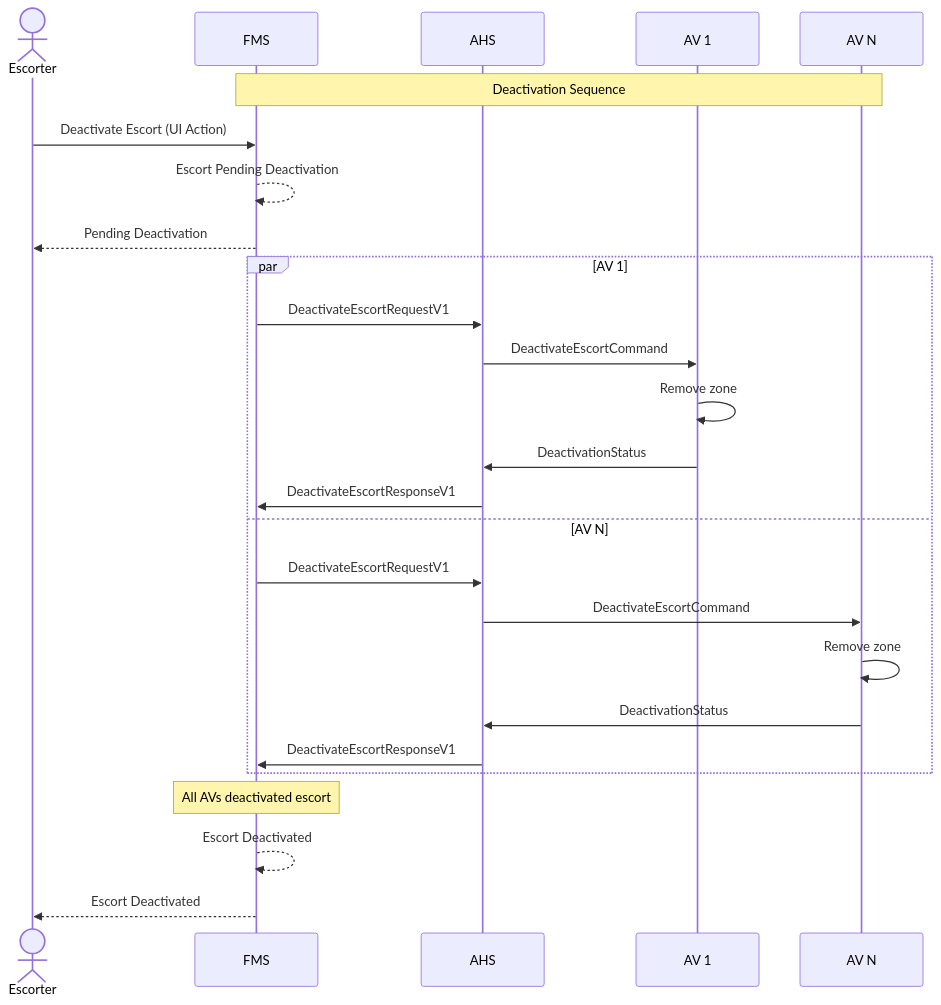
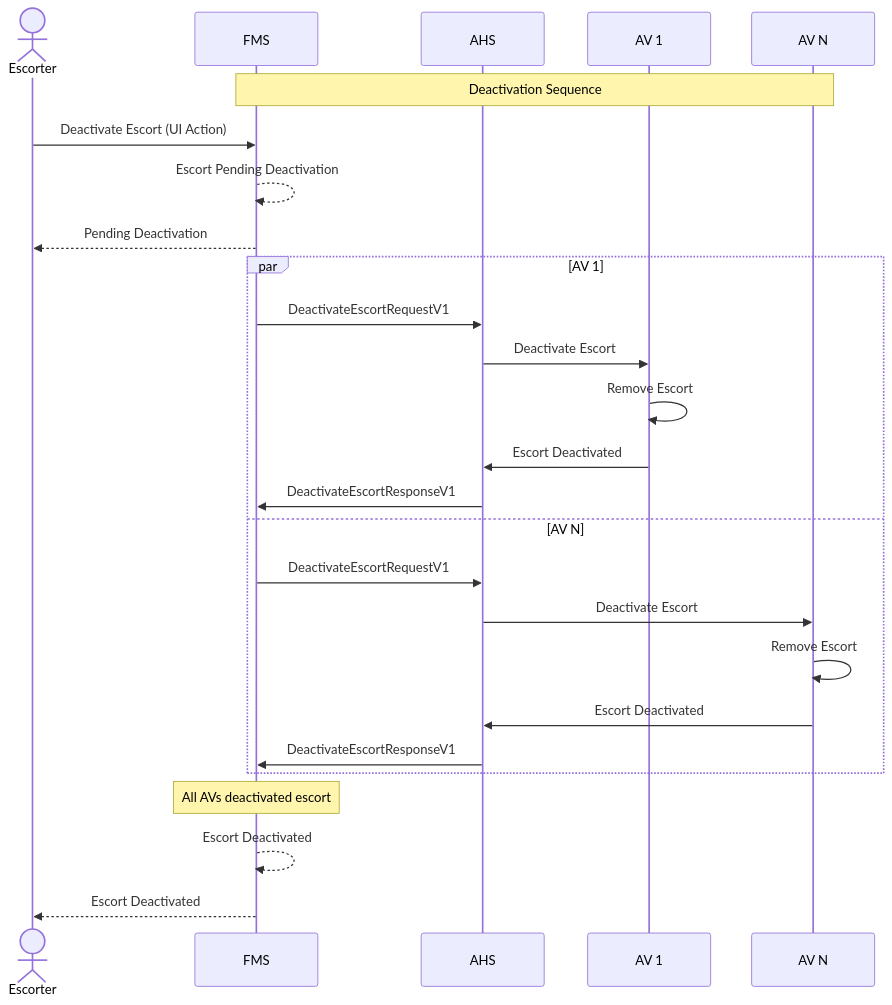
The first of 2 diagrams in diagram/EscortDeactivation.md (open-autonomy/escort), drawn with Mermaid before and after one commit. The commit also changed other lines of this file, not shown here.

Commit message:
Replace DeactivationStatus between AHS and AV with generic terms

````diff
--- a/diagram/EscortDeactivation.md
+++ b/diagram/EscortDeactivation.md
@@ -10,31 +10,31 @@
 ```mermaid
 sequenceDiagram
     actor Escorter
     participant FMS
     participant AHS
     participant AV 1
     participant AV N
 
     Note over FMS,AV N: Deactivation Sequence
     Escorter->>FMS: Deactivate Escort (UI Action)
     FMS-->>FMS: Escort Pending Deactivation
     FMS-->>Escorter: Pending Deactivation
 
     par AV 1
         FMS->>AHS: DeactivateEscortRequestV1
-        AHS->>AV 1: DeactivateEscortCommand
-        AV 1->>AV 1: Remove zone
-        AV 1->>AHS: DeactivationStatus
+        AHS->>AV 1: Deactivate Escort
+        AV 1->>AV 1: Remove Escort
+        AV 1->>AHS: Escort Deactivated
         AHS->>FMS: DeactivateEscortResponseV1
     and AV N
         FMS->>AHS: DeactivateEscortRequestV1
-        AHS->>AV N: DeactivateEscortCommand
-        AV N->>AV N: Remove zone
-        AV N->>AHS: DeactivationStatus
+        AHS->>AV N: Deactivate Escort
+        AV N->>AV N: Remove Escort
+        AV N->>AHS: Escort Deactivated
         AHS->>FMS: DeactivateEscortResponseV1
     end
 
     Note over FMS: All AVs deactivated escort
     FMS-->>FMS: Escort Deactivated
     FMS-->>Escorter: Escort Deactivated
 ```
````
